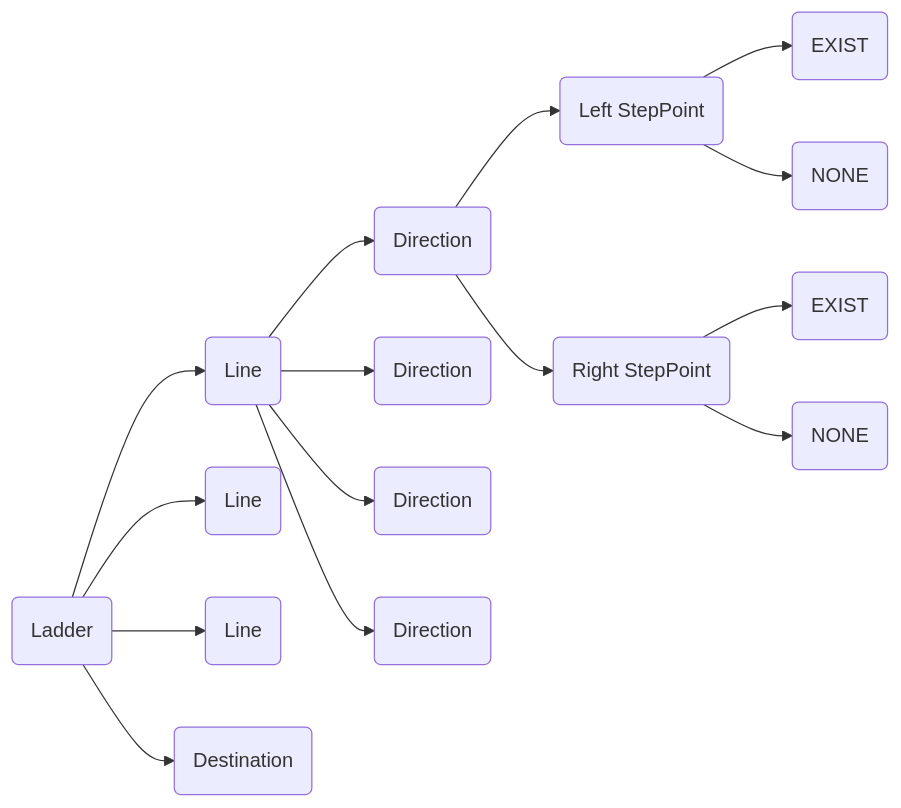
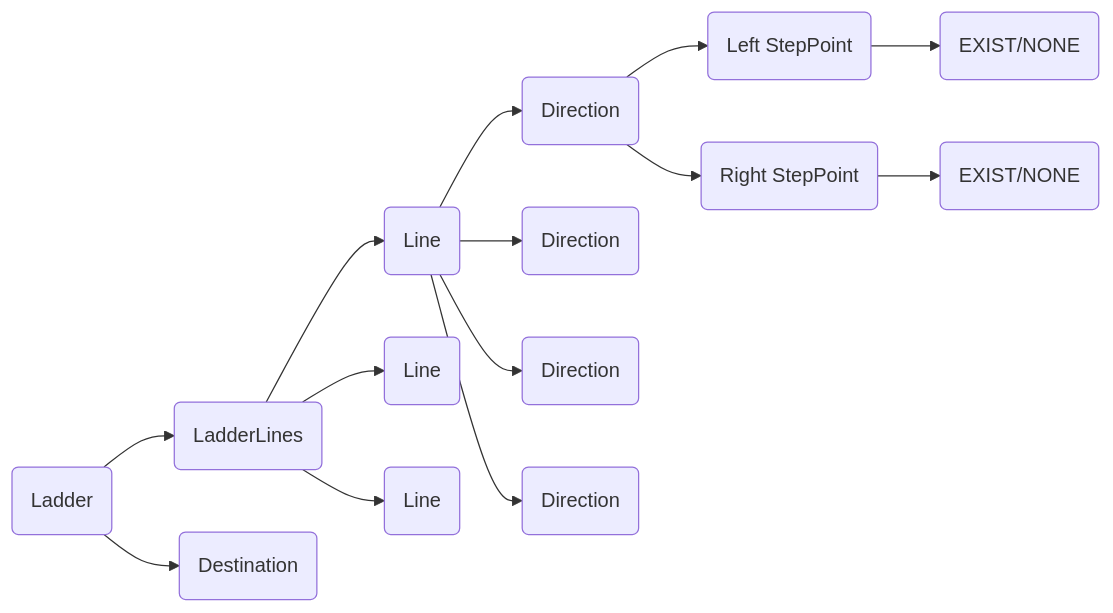
The second of 2 diagrams in README.md (woowacourse/java-ladder), drawn with Mermaid before and after one commit. The commit also changed other lines of this file, not shown here.

Commit message:
docs: 2단계 다이어그램 업데이트

````diff
--- a/README.md
+++ b/README.md
@@ -120,22 +120,22 @@
 ```mermaid
-  graph LR;
+    graph LR;
   
-  la(Ladder) --> li1(Line);
-  la --> li2(Line);
-  la --> li3(Line);
+  la(Ladder) --> ls(LadderLines)
   la --> de(Destination);
+  
+  ls --> li1(Line);
+  ls --> li2(Line);
+  ls --> li3(Line);
   
   li1 --> d1(Direction)
   li1 --> d2(Direction)
   li1 --> d3(Direction)
   li1 --> d4(Direction)
   
   d1 --> s1(Left StepPoint)
   d1 --> s2(Right StepPoint)
   
-  s1 --> b1(EXIST);
-  s1 --> b2(NONE);
-  
-  s2 --> b3(EXIST);
-  s2 --> b4(NONE);
+  s1 --> b1(EXIST/NONE);  
+  s2 --> b2(EXIST/NONE);
+
 ```
````
